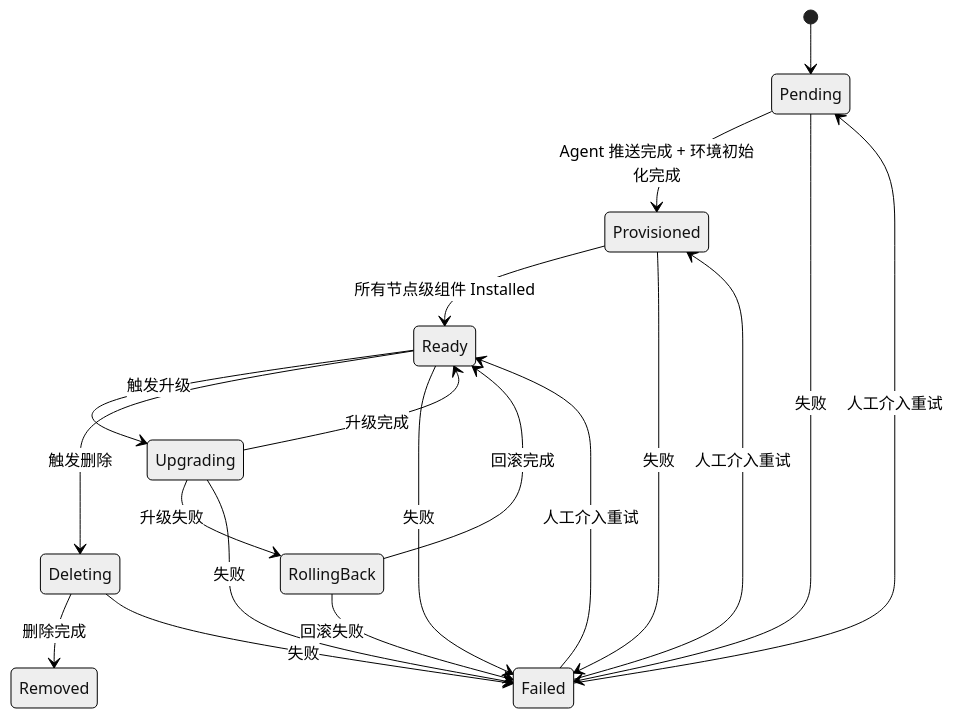
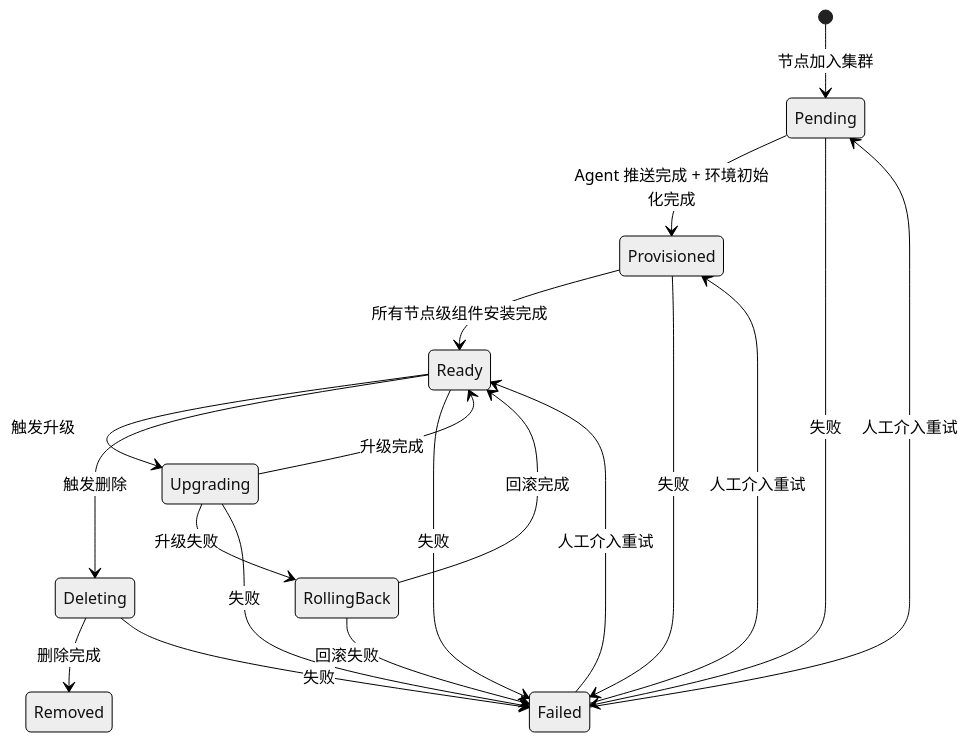
The second of 3 diagrams in code/kep/kep6/kep6-state-machine-v3.md (javadoors/cluster-api-provider-bke), drawn with Mermaid (neutral theme) before and after one commit. The commit also changed other lines of this file, not shown here.

````diff
--- a/code/kep/kep6/kep6-state-machine-v3.md
+++ b/code/kep/kep6/kep6-state-machine-v3.md
@@ -240,27 +354,28 @@
 ```mermaid
 stateDiagram-v2
-    [*] --> Pending
+    [*] --> Pending : 节点加入集群
+    
     Pending --> Provisioned : Agent 推送完成 + 环境初始化完成
     Pending --> Failed : 失败
     
-    Provisioned --> Ready : 所有节点级组件 Installed
+    Provisioned --> Ready : 所有节点级组件安装完成
     Provisioned --> Failed : 失败
     
     Ready --> Upgrading : 触发升级
     Ready --> Deleting : 触发删除
     Ready --> Failed : 失败
     
     Upgrading --> Ready : 升级完成
     Upgrading --> RollingBack : 升级失败
     Upgrading --> Failed : 失败
     
     RollingBack --> Ready : 回滚完成
     RollingBack --> Failed : 回滚失败
     
     Deleting --> Removed : 删除完成
     Deleting --> Failed : 失败
     
     Failed --> Pending : 人工介入重试
     Failed --> Provisioned : 人工介入重试
     Failed --> Ready : 人工介入重试
 ```
````
